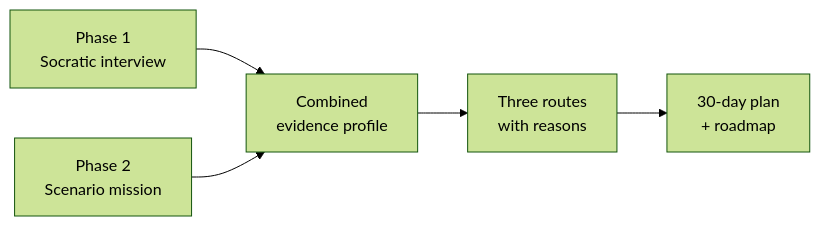
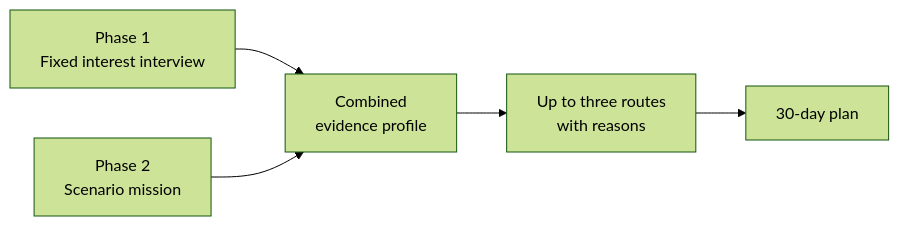
One commit to winxtxrgit/futureme-ai changed the diagram in docs/01-project-overview.md. Above: the diagram before and after it, drawn with Mermaid (forest theme). The commit also changed other lines of this file and 41 other files, not shown here.

````diff
--- a/docs/01-project-overview.md
+++ b/docs/01-project-overview.md
@@ -62,7 +60,7 @@
 ```mermaid
 flowchart LR
-    A["Phase 1<br/>Socratic interview"] --> C["Combined<br/>evidence profile"]
+    A["Phase 1<br/>Fixed interest interview"] --> C["Combined<br/>evidence profile"]
     B["Phase 2<br/>Scenario mission"] --> C
-    C --> D["Three routes<br/>with reasons"]
-    D --> E["30-day plan<br/>+ roadmap"]
+    C --> D["Up to three routes<br/>with reasons"]
+    D --> E["30-day plan"]
 ```
````
